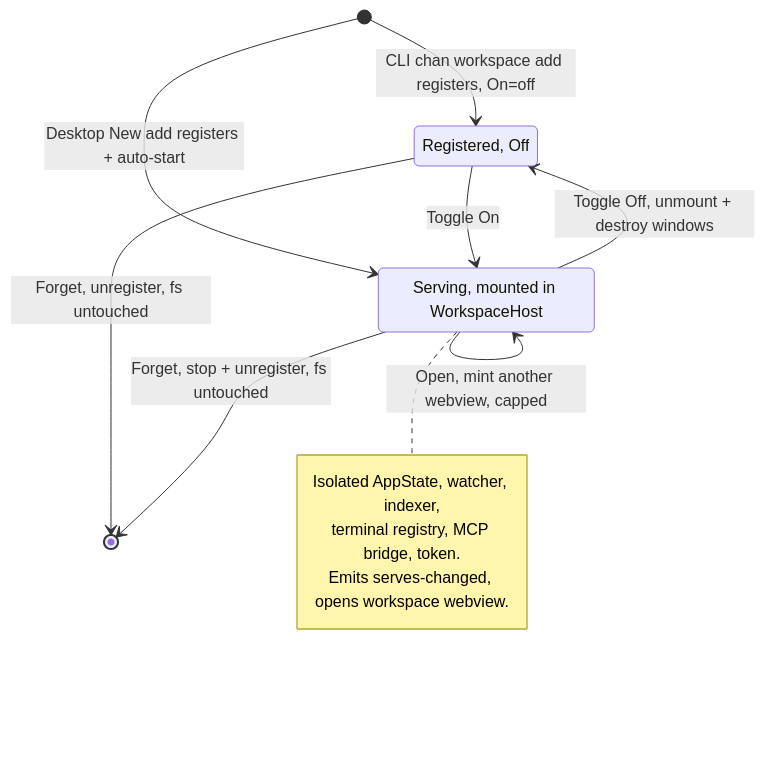
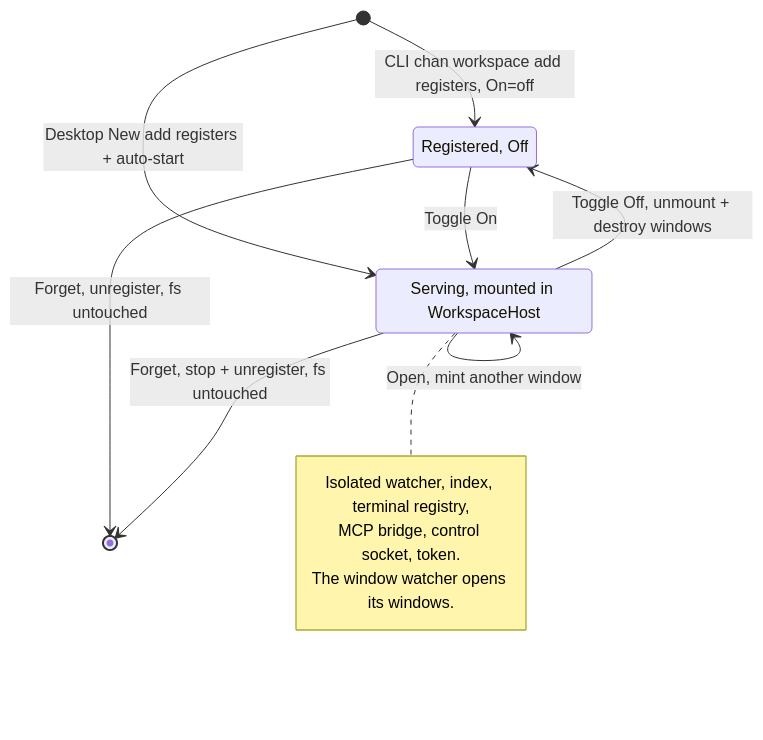
The second of 4 diagrams in desktop/design.md (fiorix/chan), drawn with Mermaid before and after one commit. The commit also changed other lines of this file and 17 other files, not shown here.

````diff
--- a/desktop/design.md
+++ b/desktop/design.md
@@ -56,21 +71,21 @@
 ```mermaid
 stateDiagram-v2
     [*] --> Off : CLI chan workspace add registers, On=off
     [*] --> Serving : Desktop New add registers + auto-start
 
     Off : Registered, Off
     Serving : Serving, mounted in WorkspaceHost
 
     Off --> Serving : Toggle On
     Serving --> Off : Toggle Off, unmount + destroy windows
-    Serving --> Serving : Open, mint another webview, capped
+    Serving --> Serving : Open, mint another window
 
     Off --> [*] : Forget, unregister, fs untouched
     Serving --> [*] : Forget, stop + unregister, fs untouched
 
     note right of Serving
-        Isolated AppState, watcher, indexer,
-        terminal registry, MCP bridge, token.
-        Emits serves-changed, opens workspace webview.
+        Isolated watcher, index, terminal registry,
+        MCP bridge, control socket, token.
+        The window watcher opens its windows.
     end note
 ```
````
